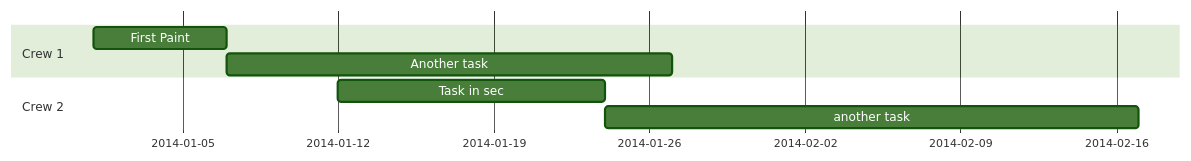
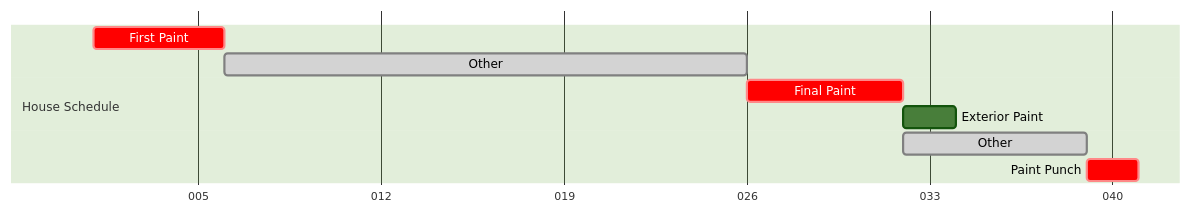
One commit to alexwine36/Portfolio changed the diagram in apps/portfolio/content/projects/tableau-extensions/index.md. Above: the diagram before and after it, drawn with Mermaid (forest theme). The commit also changed other lines of this file and 6 other files, not shown here.

Commit message:
feat(mermaid): testing new mermaid config

````diff
--- a/apps/portfolio/content/projects/tableau-extensions/index.md
+++ b/apps/portfolio/content/projects/tableau-extensions/index.md
@@ -53,13 +57,14 @@
 ```mermaid
 gantt
 
     dateFormat  YYYY-MM-DD
-    section Crew 1
-    First Paint           :a1, 2014-01-01, 6d
-    Another task     :after a1  , 20d
-    section Crew 2
-    Task in sec      :2014-01-12  , 12d
-    another task      : 24d
-            
+    axisFormat %j
+    section House Schedule
+    First Paint           :crit, a1, 2014-01-01, 5d
+    Other         :done, oth1, after a1, 20d
+    Final Paint     :crit, a2, after oth1, 6d
+    Exterior Paint :2d
+    Other :done, oth2, after a2, 7d
+    Paint Punch :crit, 2d
 
 ```
````
